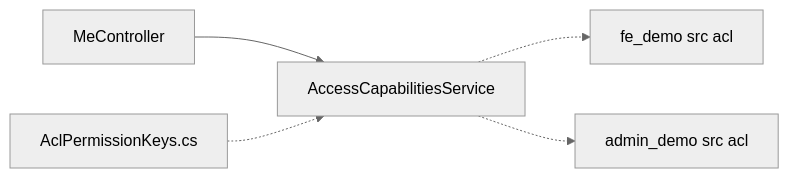
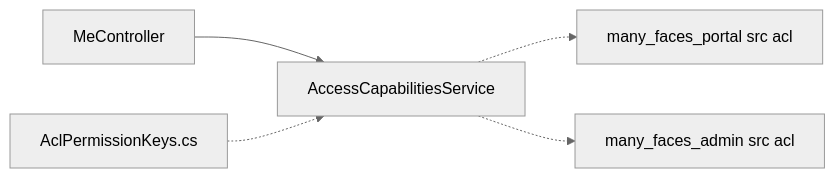
The diagram in docs/components/acl-capabilities-module.md (01laky/mfai_demo), drawn with Mermaid (neutral theme) before and after one commit. The commit also changed other lines of this file and 56 other files, not shown here.

First line of the commit message:
chore: rename submodule directories to many_faces_* paths

````diff
--- a/docs/components/acl-capabilities-module.md
+++ b/docs/components/acl-capabilities-module.md
@@ -19,12 +19,12 @@
 ```mermaid
 flowchart LR
   Keys[AclPermissionKeys.cs]
   Me[MeController]
   Svc[AccessCapabilitiesService]
-  FE[fe_demo src acl]
-  AD[admin_demo src acl]
+  FE[many_faces_portal src acl]
+  AD[many_faces_admin src acl]
   Me --> Svc
   Keys -.-> Svc
   Svc -.-> FE
   Svc -.-> AD
 ```
````
